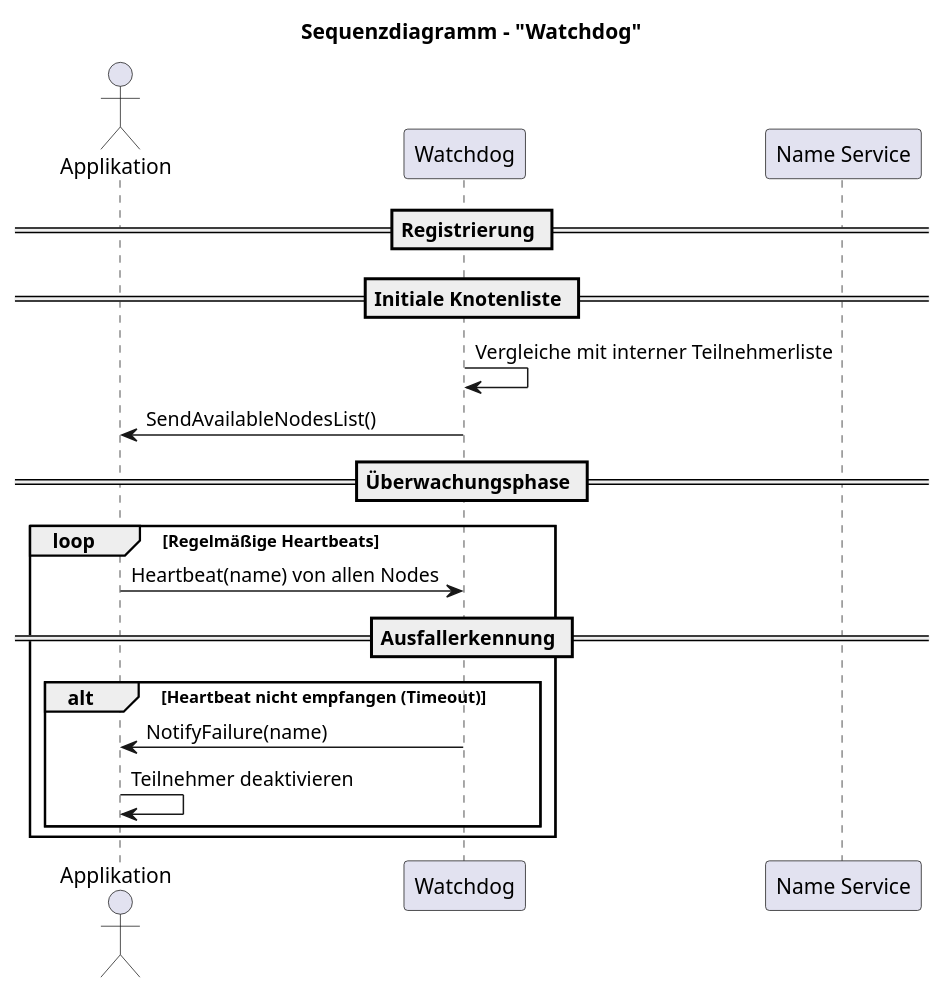
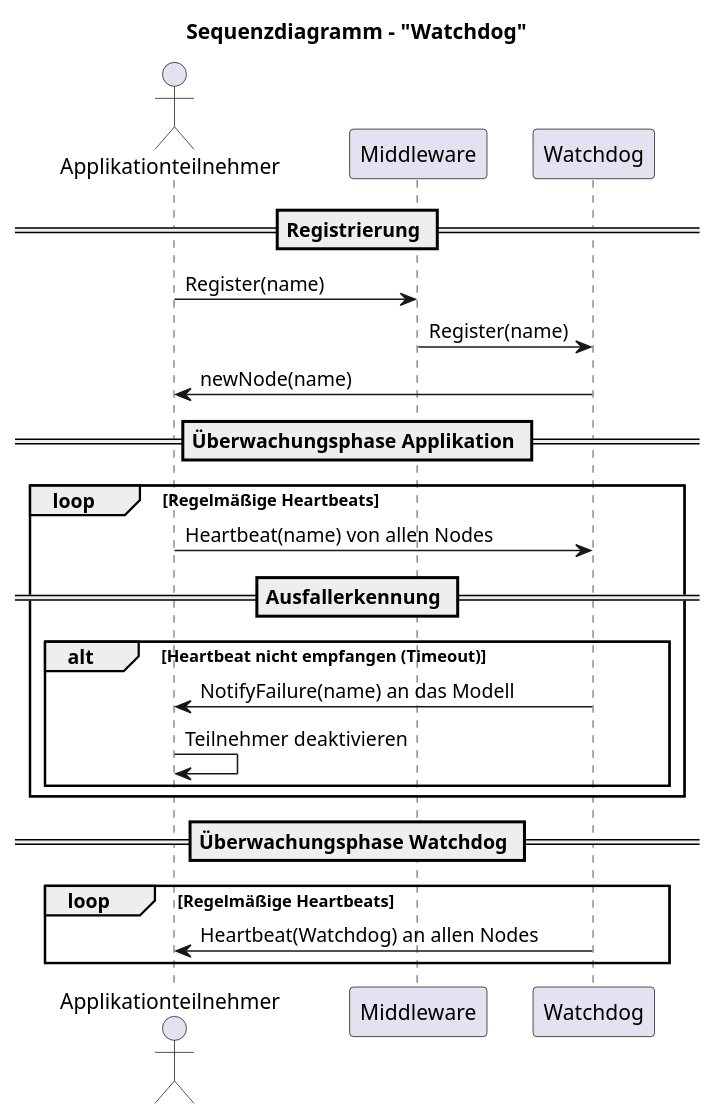
One commit to DavidDao1997/VS_Praktikum-2025-SoSe changed the diagram in Docs/diagrams/Watchdog_01062025.plantuml. Above: the diagram before and after it, drawn with PlantUML. The commit also changed 3 other files, not shown here.

```diff
--- a/Docs/diagrams/Watchdog_01062025.plantuml
+++ b/Docs/diagrams/Watchdog_01062025.plantuml
@@ -1,26 +1,35 @@
 @startuml
 title Sequenzdiagramm – "Watchdog"
 
-actor Applikation
+actor "Applikationteilnehmer" as Applikation
+participant Middleware
 participant Watchdog
-participant "Name Service" as NS
+'participant "Name Service" as NS
 
 == Registrierung ==
-'Applikation -> NS : Register(name)
+Applikation -> Middleware : Register(name)
+'Middleware -> NS : Register(name)
+Middleware -> Watchdog : Register(name)
+Watchdog -> Applikation : newNode(name)
+'== Initiale Knotenliste ==
+'Middleware -> Watchdog : SendNodeList()
+'Watchdog -> Middleware : getNodeList()
+'Watchdog -> Watchdog : Vergleiche mit interner Liste
+'Watchdog -> Applikation : SendAvailableNodesList()
 
-== Initiale Knotenliste ==
-'Watchdog -> NS : GetNodeList()
-Watchdog -> Watchdog : Vergleiche mit interner Teilnehmerliste
-Watchdog -> Applikation : SendAvailableNodesList()
-
-== Überwachungsphase ==
+== Überwachungsphase Applikation ==
 loop Regelmäßige Heartbeats
+' Heartbeat empfangen
     Applikation -> Watchdog : Heartbeat(name) von allen Nodes
 
 == Ausfallerkennung ==
-    alt Heartbeat nicht empfangen (Timeout)
-       Watchdog -> Applikation : NotifyFailure(name)
-       Applikation -> Applikation : Teilnehmer deaktivieren
-    end
+alt Heartbeat nicht empfangen (Timeout)
+    Watchdog -> Applikation : NotifyFailure(name) an das Modell
+    Applikation -> Applikation : Teilnehmer deaktivieren
+end
+end
+== Überwachungsphase Watchdog ==
+loop Regelmäßige Heartbeats
+  Watchdog -> Applikation: Heartbeat(Watchdog) an allen Nodes
 end
 @enduml
```
